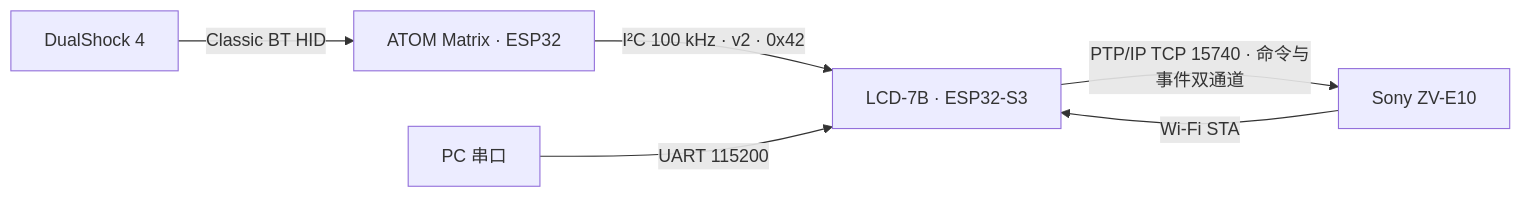
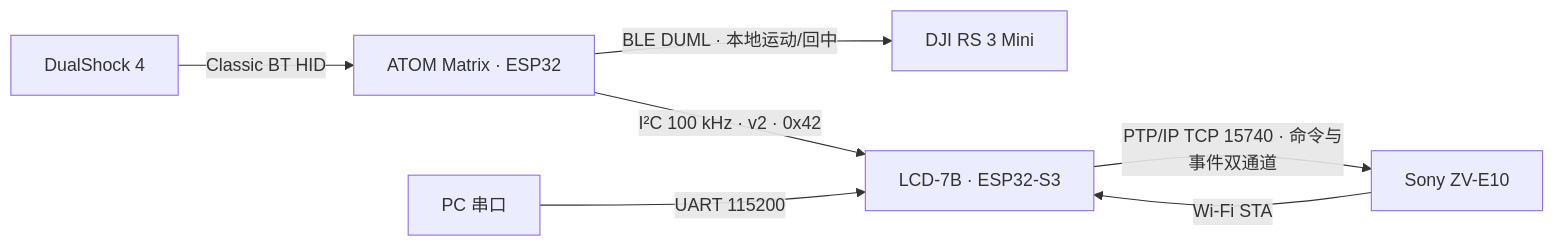
One commit to easymcucourse/esp32_camera_remote changed the first of 2 diagrams in docs/design/architecture-design.md. Above: the diagram before and after it, drawn with Mermaid. The commit also changed other lines of this file and 161 other files, not shown here.

````diff
--- a/docs/design/architecture-design.md
+++ b/docs/design/architecture-design.md
@@ -9,8 +11,9 @@
 ```mermaid
 flowchart LR
     DS4["DualShock 4"] -- "Classic BT HID" --> ATOM["ATOM Matrix · ESP32"]
+    ATOM -- "BLE DUML · 本地运动/回中" --> GIMBAL["DJI RS 3 Mini"]
     ATOM -- "I²C 100 kHz · v2 · 0x42" --> LCD["LCD-7B · ESP32-S3"]
     CAM["Sony ZV-E10"] -- "Wi-Fi STA" --> LCD
     LCD -- "PTP/IP TCP 15740 · 命令与事件双通道" --> CAM
     PC["PC 串口"] -- "UART 115200" --> LCD
 ```
````
